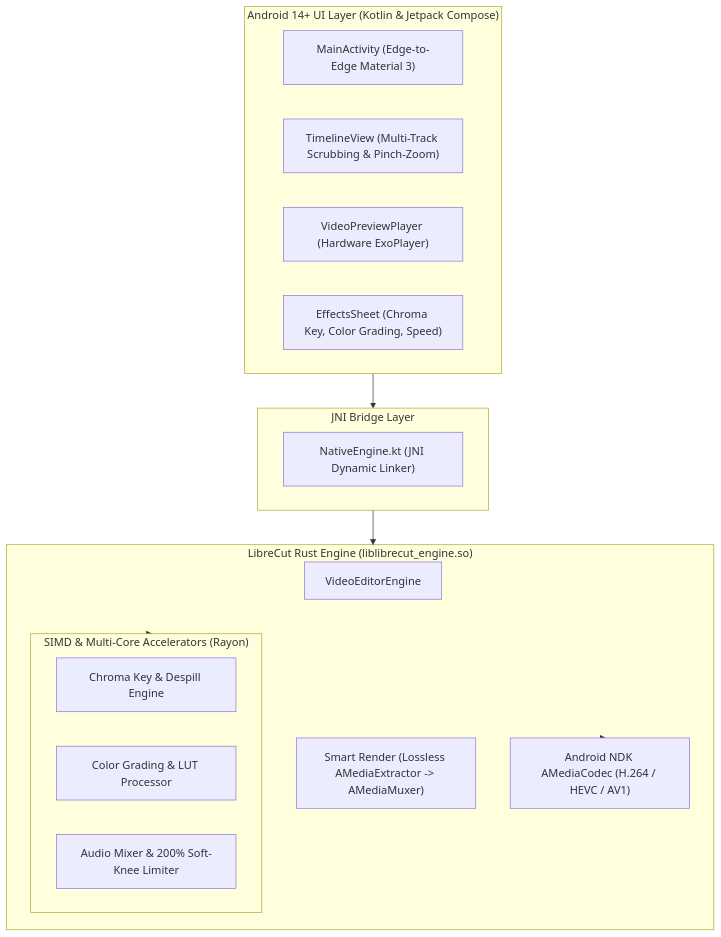
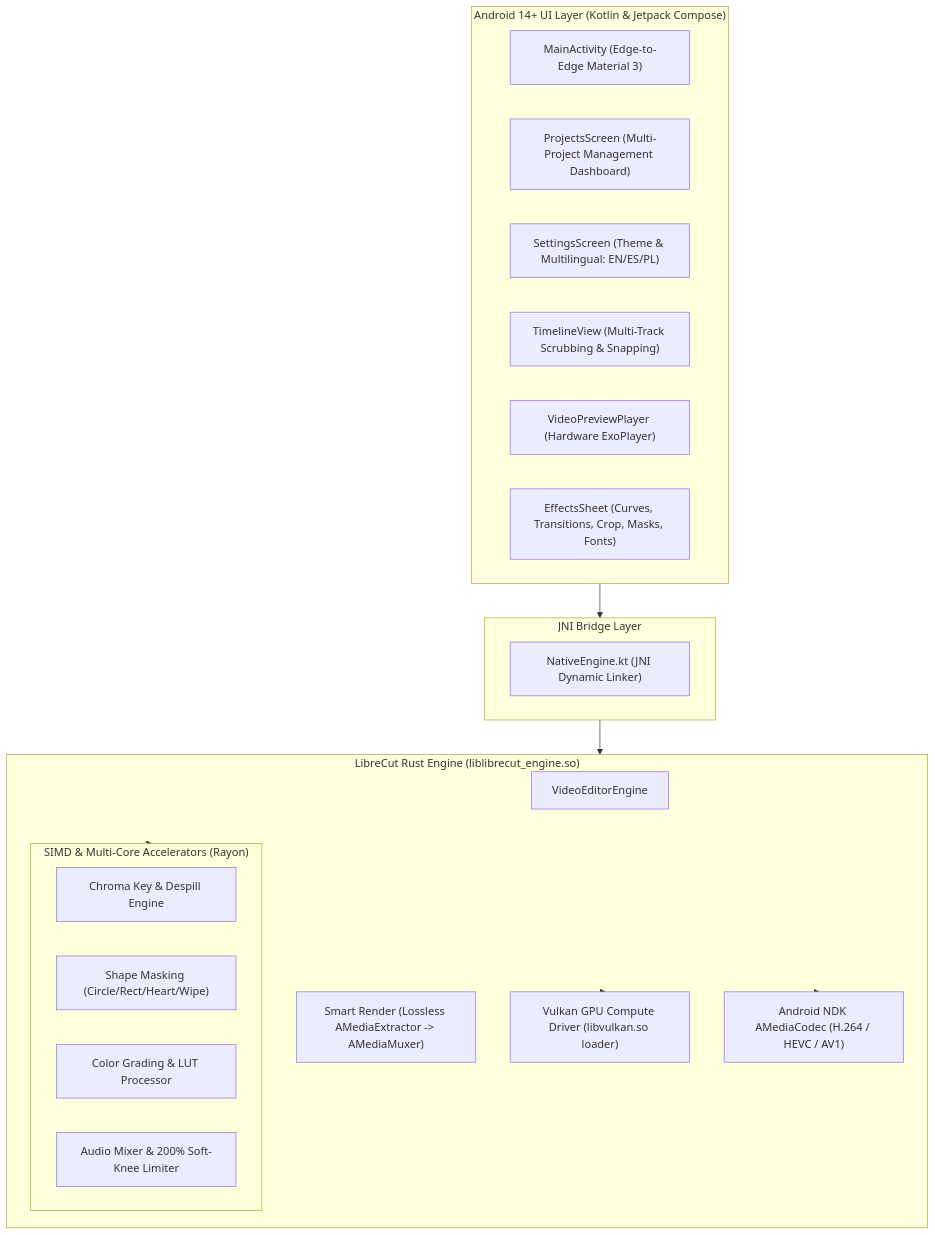
The diagram in README.md (PolskieWin/librecuts-rust), drawn with Mermaid before and after one commit. The commit also changed other lines of this file and 22 other files, not shown here.

Commit message:
feat(v2.3.0): Multilingual Settings (EN/ES/PL), zero-emoji polish, Local Video Compression, Speed Curves, Transitions, Custom Font import, SFX library, and Multi-clip batch import

````diff
--- a/README.md
+++ b/README.md
@@ -25,31 +28,36 @@
 ```mermaid
 flowchart TD
     subgraph UI ["Android 14+ UI Layer (Kotlin & Jetpack Compose)"]
         Activity["MainActivity (Edge-to-Edge Material 3)"]
-        Timeline["TimelineView (Multi-Track Scrubbing & Pinch-Zoom)"]
+        ProjectsUI["ProjectsScreen (Multi-Project Management Dashboard)"]
+        SettingsUI["SettingsScreen (Theme & Multilingual: EN/ES/PL)"]
+        Timeline["TimelineView (Multi-Track Scrubbing & Snapping)"]
         Preview["VideoPreviewPlayer (Hardware ExoPlayer)"]
-        EffectsUI["EffectsSheet (Chroma Key, Color Grading, Speed)"]
+        EffectsUI["EffectsSheet (Curves, Transitions, Crop, Masks, Fonts)"]
     end
 
     subgraph JNI ["JNI Bridge Layer"]
         NativeEngine["NativeEngine.kt (JNI Dynamic Linker)"]
     end
 
     subgraph RustCore ["LibreCut Rust Engine (liblibrecut_engine.so)"]
         CoreCoord["VideoEditorEngine"]
         SmartCut["Smart Render (Lossless AMediaExtractor -> AMediaMuxer)"]
+        VulkanCompute["Vulkan GPU Compute Driver (libvulkan.so loader)"]
         
         subgraph Accelerators ["SIMD & Multi-Core Accelerators (Rayon)"]
             Chroma["Chroma Key & Despill Engine"]
+            ShapeMask["Shape Masking (Circle/Rect/Heart/Wipe)"]
             Grading["Color Grading & LUT Processor"]
             AudioEngine["Audio Mixer & 200% Soft-Knee Limiter"]
         end
         
         HWCodec["Android NDK AMediaCodec (H.264 / HEVC / AV1)"]
     end
 
     UI --> JNI
     JNI --> RustCore
+    RustCore --> VulkanCompute
     RustCore --> Accelerators
     RustCore --> HWCodec
 ```
````
